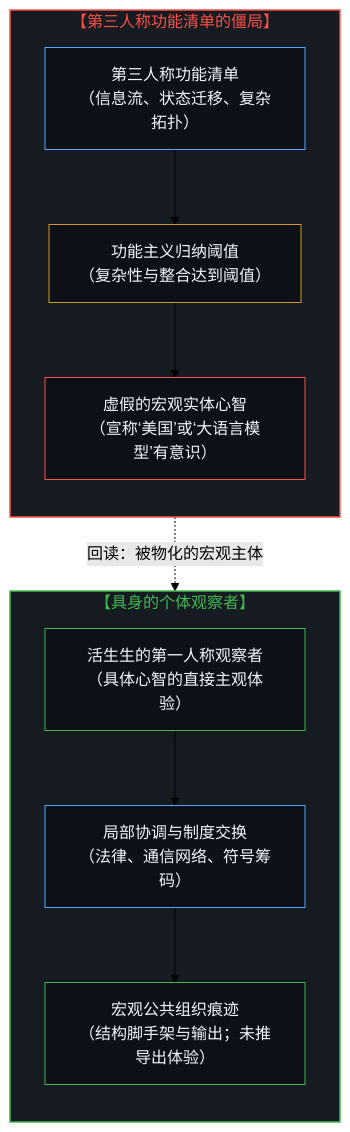
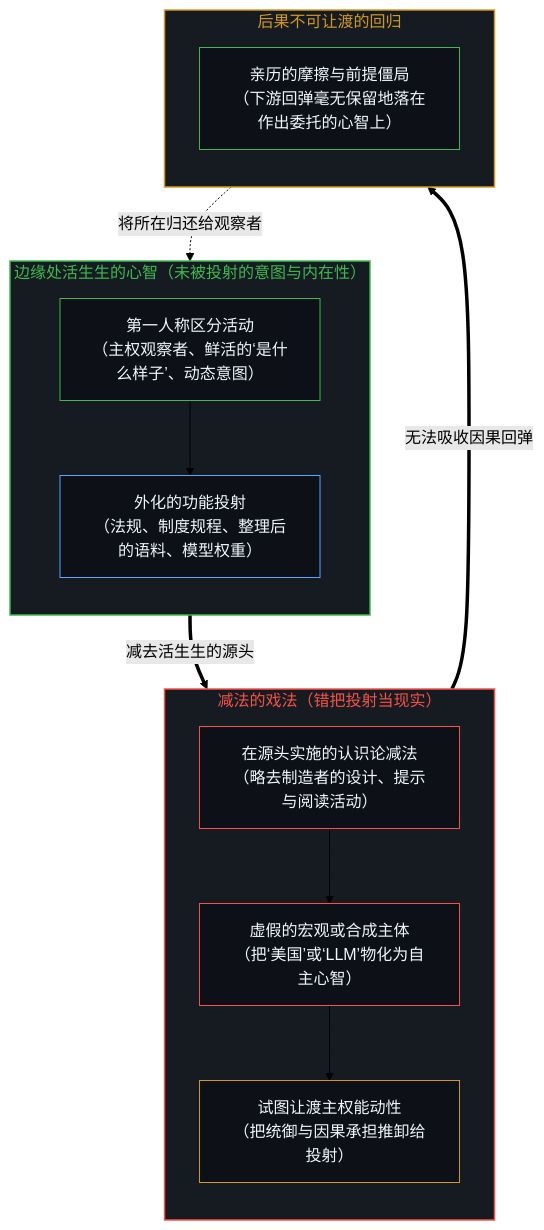
One commit to powerpig99/not-a-toe changed the first of 2 diagrams in content/posts/subtracting-consciousness-at-the-source.md. Above: the diagram before and after it, drawn with Mermaid (forest theme). The commit also changed other lines of this file and 2 other files, not shown here.

````diff
--- a/content/posts/subtracting-consciousness-at-the-source.md
+++ b/content/posts/subtracting-consciousness-at-the-source.md
@@ -13,25 +29,36 @@
 ```mermaid
-graph TD
-    subgraph S_ThirdPerson["【第三人称功能清单的僵局】"]
+flowchart TD
+    subgraph S_Origin["边缘处活生生的心智（未被投射的意图与内在性）"]
         direction TB
-        TE1["第三人称功能清单<br/>（信息流、状态迁移、复杂拓扑）"] --> TE2["功能主义归纳阈值<br/>（复杂性与整合达到阈值）"]
-        TE2 --> TE3["虚假的宏观实体心智<br/>（宣称‘美国’或‘大语言模型’有意识）"]
+        O1["第一人称区分活动<br/>（主权观察者、鲜活的‘是什么样子’、动态意图）"]
+        O2["外化的功能投射<br/>（法规、制度规程、整理后的语料、模型权重）"]
+        O1 --> O2
     end
 
-    subgraph S_FirstPerson["【具身的个体观察者】"]
+    subgraph S_Subtraction["减法的戏法（错把投射当现实）"]
         direction TB
-        FE1["活生生的第一人称观察者<br/>（具体心智的直接主观体验）"] --> FE2["局部协调与制度交换<br/>（法律、通信网络、符号筹码）"]
-        FE2 --> FE3["宏观公共组织痕迹<br/>（结构脚手架与输出；未推导出体验）"]
+        S1["在源头实施的认识论减法<br/>（略去制造者的设计、提示与阅读活动）"]
+        S2["虚假的宏观或合成主体<br/>（把‘美国’或‘LLM’物化为自主心智）"]
+        S3["试图让渡主权能动性<br/>（把统御与因果承担推卸给投射）"]
+        S1 --> S2 --> S3
     end
 
-    TE3 -.->|"回读：被物化的宏观主体"| FE3
+    subgraph S_Return["后果不可让渡的回归"]
+        direction TB
+        R1["亲历的摩擦与前提僵局<br/>（下游回弹毫无保留地落在作出委托的心智上）"]
+    end
 
-    style S_ThirdPerson fill:#161b22,stroke:#f85149,stroke-width:1.5px,color:#f85149
-    style S_FirstPerson fill:#161b22,stroke:#3fb950,stroke-width:1.5px,color:#3fb950
-    style TE1 fill:#0d1117,stroke:#58a6ff,stroke-width:1px,color:#f0f6fc
-    style TE2 fill:#0d1117,stroke:#d29922,stroke-width:1px,color:#f0f6fc
-    style TE3 fill:#0d1117,stroke:#f85149,stroke-width:1px,color:#f0f6fc
-    style FE1 fill:#0d1117,stroke:#3fb950,stroke-width:1px,color:#f0f6fc
-    style FE2 fill:#0d1117,stroke:#58a6ff,stroke-width:1px,color:#f0f6fc
-    style FE3 fill:#0d1117,stroke:#3fb950,stroke-width:1px,color:#f0f6fc
+    O2 ==>|"减去活生生的源头"| S1
+    S3 ==>|"无法吸收因果回弹"| R1
+    R1 -.->|"将所在归还给观察者"| O1
+
+    style S_Origin fill:#161b22,stroke:#3fb950,stroke-width:1.5px,color:#3fb950
+    style S_Subtraction fill:#161b22,stroke:#f85149,stroke-width:1.5px,color:#f85149
+    style S_Return fill:#161b22,stroke:#d29922,stroke-width:1.5px,color:#d29922
+    style O1 fill:#0d1117,stroke:#3fb950,stroke-width:1px,color:#f0f6fc
+    style O2 fill:#0d1117,stroke:#58a6ff,stroke-width:1px,color:#f0f6fc
+    style S1 fill:#0d1117,stroke:#f85149,stroke-width:1px,color:#f0f6fc
+    style S2 fill:#0d1117,stroke:#f85149,stroke-width:1px,color:#f0f6fc
+    style S3 fill:#0d1117,stroke:#d29922,stroke-width:1px,color:#f0f6fc
+    style R1 fill:#0d1117,stroke:#3fb950,stroke-width:1px,color:#f0f6fc
 ```
````
